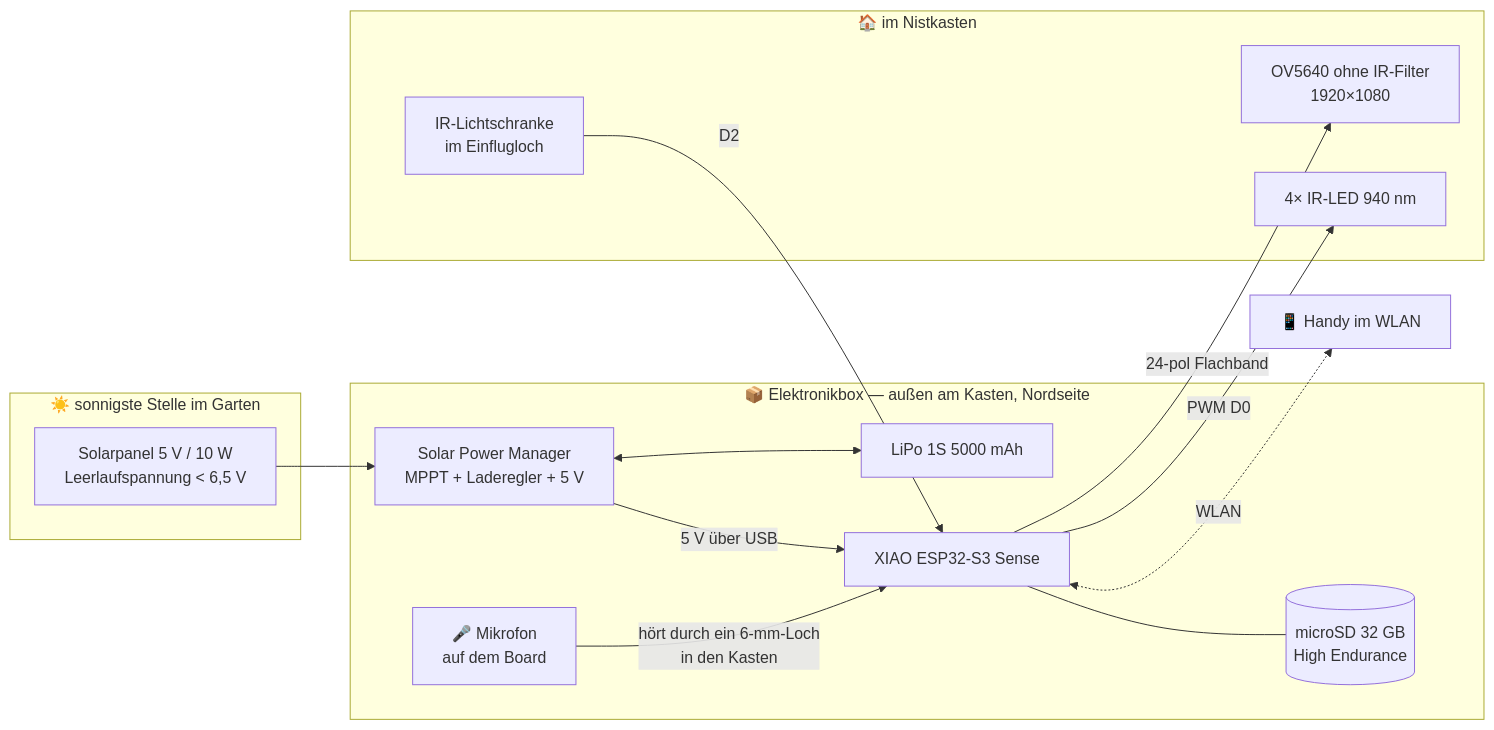
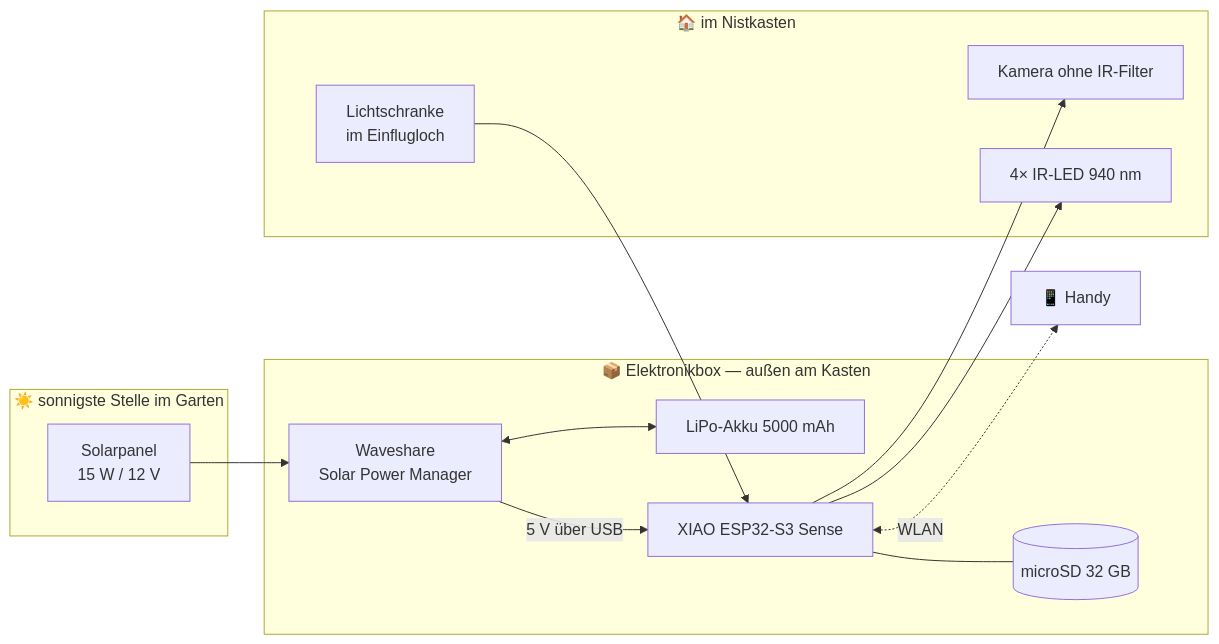
One commit to stummk/Birdy-Cam changed the diagram in README.md. Above: the diagram before and after it, drawn with Mermaid. The commit also changed other lines of this file and 37 other files, not shown here.

````diff
--- a/README.md
+++ b/README.md
@@ -84,29 +59,27 @@
 ```mermaid
 flowchart LR
   subgraph SUN["☀️ sonnigste Stelle im Garten"]
-    PV["Solarpanel 5 V / 10 W<br/>Leerlaufspannung &lt; 6,5 V"]
+    PV["Solarpanel<br/>15 W / 12 V"]
   end
-  subgraph BOX["📦 Elektronikbox — außen am Kasten, Nordseite"]
-    SPM["Solar Power Manager<br/>MPPT + Laderegler + 5 V"]
-    BAT["LiPo 1S 5000 mAh"]
+  subgraph BOX["📦 Elektronikbox — außen am Kasten"]
+    SPM["Waveshare<br/>Solar Power Manager"]
+    BAT["LiPo-Akku 5000 mAh"]
     ESP["XIAO ESP32-S3 Sense"]
-    MIC["🎤 Mikrofon<br/>auf dem Board"]
-    SD[("microSD 32 GB<br/>High Endurance")]
+    SD[("microSD 32 GB")]
   end
   subgraph NEST["🏠 im Nistkasten"]
-    CAM["OV5640 ohne IR-Filter<br/>1920×1080"]
+    CAM["Kamera ohne IR-Filter"]
     IR["4× IR-LED 940 nm"]
-    LS["IR-Lichtschranke<br/>im Einflugloch"]
+    LS["Lichtschranke<br/>im Einflugloch"]
   end
-  PHONE["📱 Handy im WLAN"]
+  PHONE["📱 Handy"]
 
   PV --> SPM
   SPM <--> BAT
   SPM -->|"5 V über USB"| ESP
   ESP --- SD
-  MIC -->|"hört durch ein 6-mm-Loch<br/>in den Kasten"| ESP
-  ESP -->|"24-pol Flachband"| CAM
-  ESP -->|"PWM D0"| IR
-  LS -->|"D2"| ESP
+  ESP --> CAM
+  ESP --> IR
+  LS --> ESP
   ESP <-.->|"WLAN"| PHONE
 ```
````
